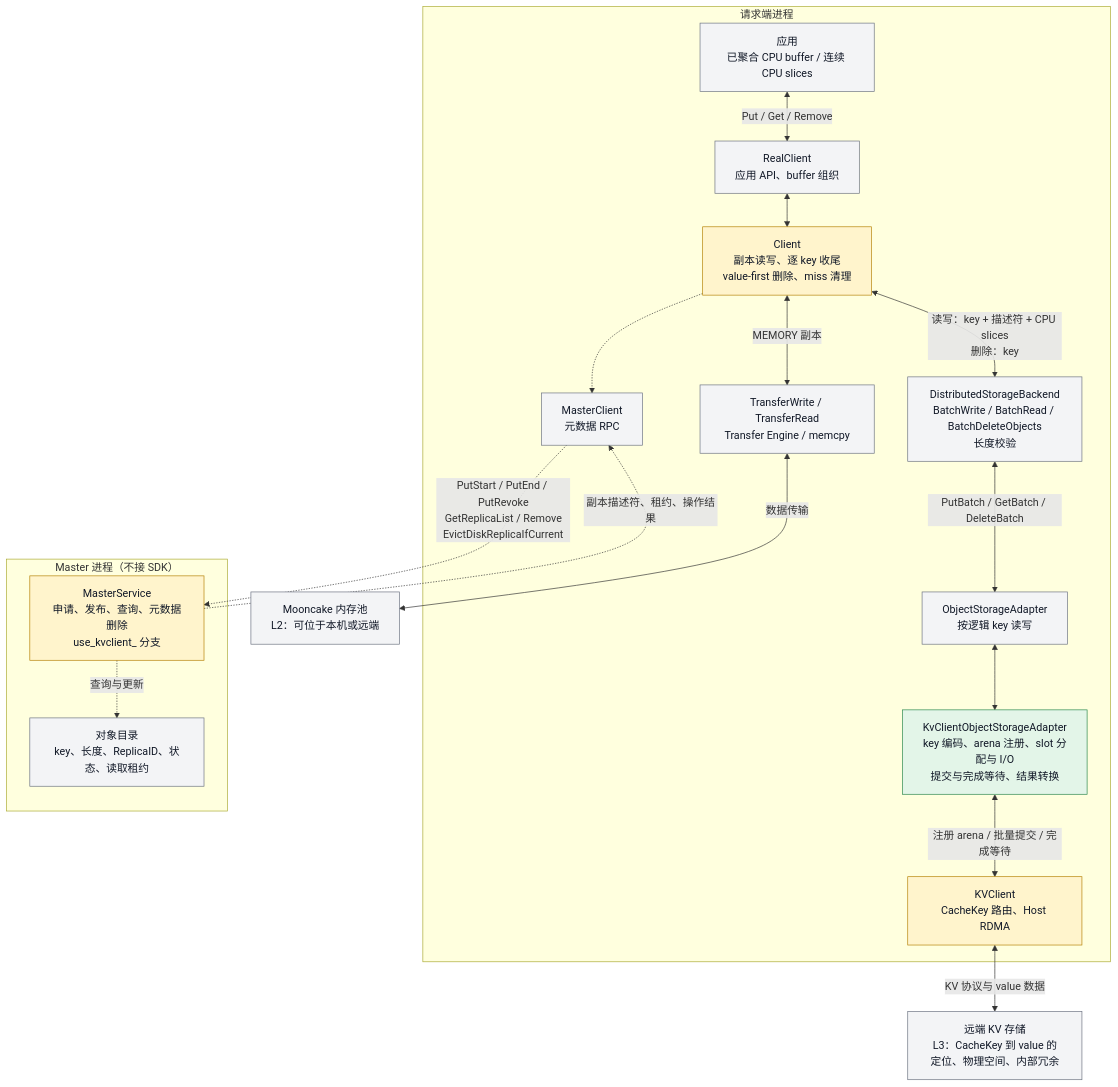
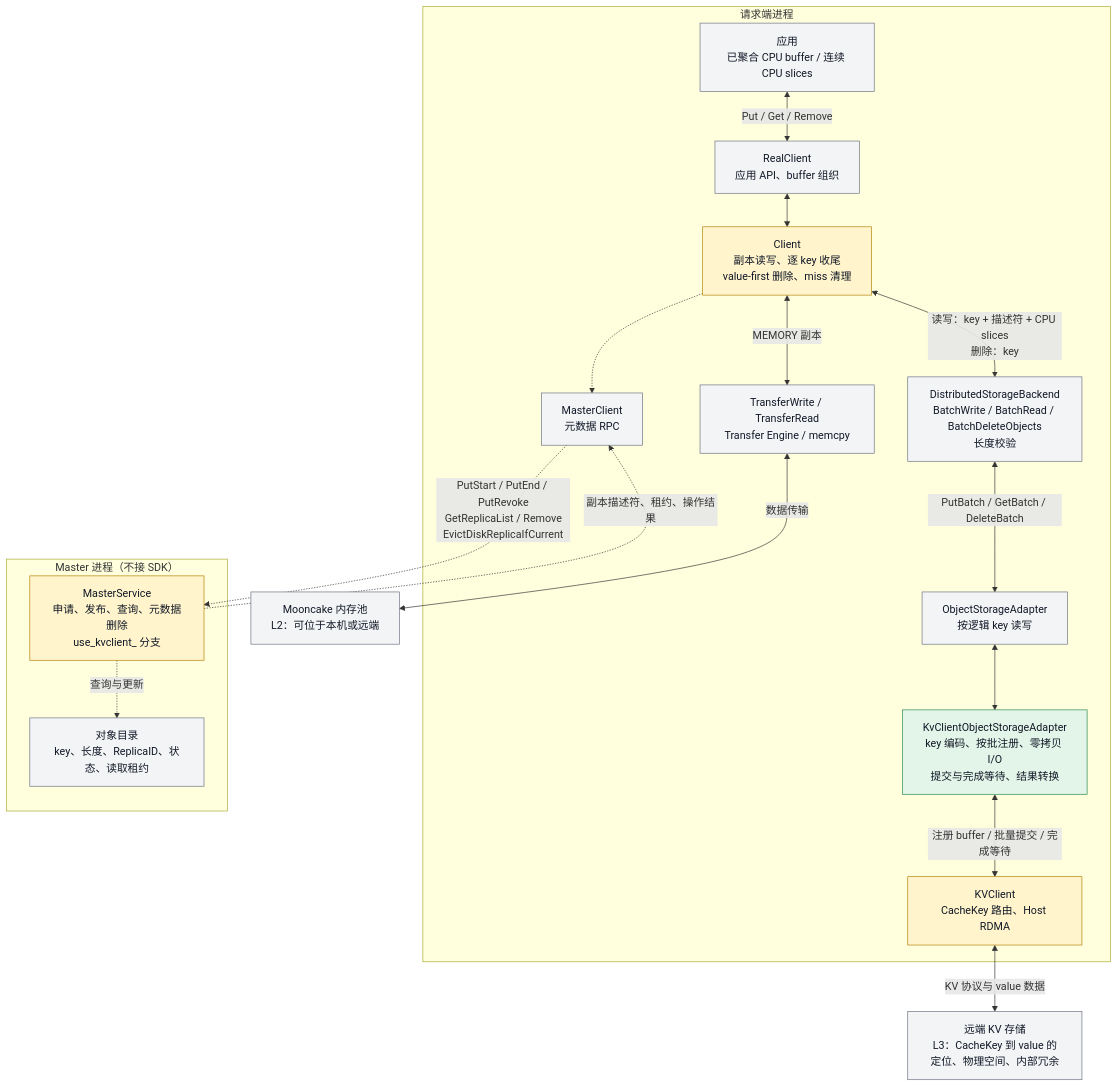
The first of 13 diagrams in Mooncake + KVClient L3 接入（Kvcs）- v3.md (zwj20000328-dotcom/Mooncake-documents), drawn with Mermaid before and after one commit. The commit also changed other lines of this file, not shown here.

First line of the commit message:
docs: register caller buffers per batch inside the adapter

````diff
--- a/Mooncake + KVClient L3 接入（Kvcs）- v3.md
+++ b/Mooncake + KVClient L3 接入（Kvcs）- v3.md
@@ -68,45 +68,45 @@
 ```mermaid
 flowchart TB
     subgraph Request["请求端进程"]
         A["应用<br/>已聚合 CPU buffer / 连续 CPU slices"]
         R["RealClient<br/>应用 API、buffer 组织"]
         C["Client<br/>副本读写、逐 key 收尾<br/>value-first 删除、miss 清理"]
         RPC["MasterClient<br/>元数据 RPC"]
         TE["TransferWrite / TransferRead<br/>Transfer Engine / memcpy"]
         B["DistributedStorageBackend<br/>BatchWrite / BatchRead / BatchDeleteObjects<br/>长度校验"]
         O["ObjectStorageAdapter<br/>按逻辑 key 读写"]
-        K["KvClientObjectStorageAdapter<br/>key 编码、arena 注册、slot 分配与 I/O<br/>提交与完成等待、结果转换"]
+        K["KvClientObjectStorageAdapter<br/>key 编码、按批注册、零拷贝 I/O<br/>提交与完成等待、结果转换"]
         SDK["KVClient<br/>CacheKey 路由、Host RDMA"]
 
         A <-->|"Put / Get / Remove"| R
         R <--> C
         C -.-> RPC
         C <-->|"MEMORY 副本"| TE
         C <-->|"读写：key + 描述符 + CPU slices<br/>删除：key"| B
         B <-->|"PutBatch / GetBatch / DeleteBatch"| O
         O <--> K
-        K <-->|"注册 arena / 批量提交 / 完成等待"| SDK
+        K <-->|"注册 buffer / 批量提交 / 完成等待"| SDK
     end
 
     subgraph Master["Master 进程（不接 SDK）"]
         M["MasterService<br/>申请、发布、查询、元数据删除<br/>use_kvclient_ 分支"]
         META["对象目录<br/>key、长度、ReplicaID、状态、读取租约"]
 
         M -.->|"查询与更新"| META
     end
 
     RAM["Mooncake 内存池<br/>L2：可位于本机或远端"]
     S["远端 KV 存储<br/>L3：CacheKey 到 value 的定位、物理空间、内部冗余"]
 
     RPC -.->|"PutStart / PutEnd / PutRevoke<br/>GetReplicaList / Remove<br/>EvictDiskReplicaIfCurrent"| M
     M -.->|"副本描述符、租约、操作结果"| RPC
     TE <-->|"数据传输"| RAM
     SDK <-->|"KV 协议与 value 数据"| S
 
     classDef existing fill:#f3f4f6,stroke:#6b7280,color:#111827;
     classDef changed fill:#fff4cc,stroke:#b58105,color:#111827;
     classDef added fill:#e3f5e8,stroke:#28864b,color:#111827;
     class A,R,RPC,TE,B,O,META,RAM,S existing;
     class C,SDK,M changed;
     class K added;
 ```
````
